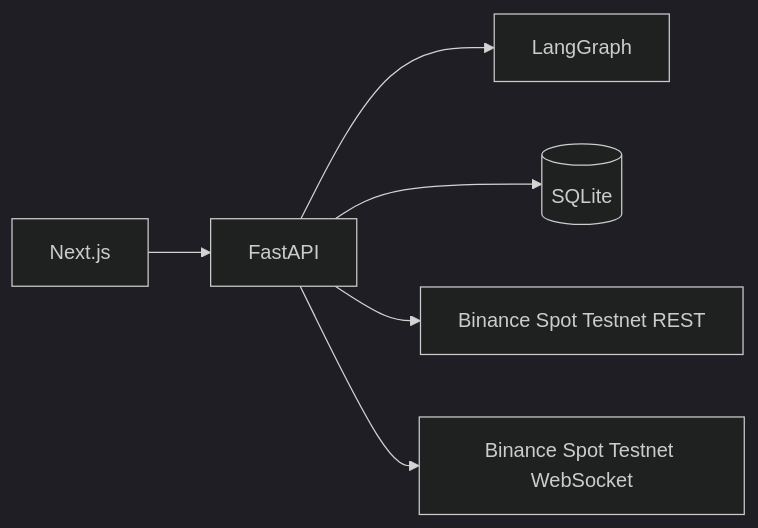
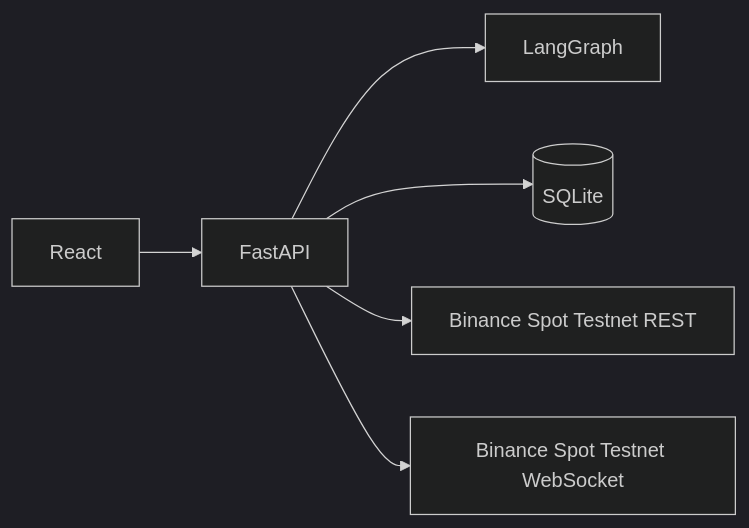
One commit to UpstageAI/sw-maestro-project changed the second of 2 diagrams in PROPOSAL.md. Above: the diagram before and after it, drawn with Mermaid (dark theme). The commit also changed other lines of this file and 3 other files, not shown here.

Commit message:
refactor: remove NextJS and add React

````diff
--- a/PROPOSAL.md
+++ b/PROPOSAL.md
@@ -186,8 +186,8 @@
 ```mermaid
 flowchart LR
-    FE[Next.js] --> BE[FastAPI]
+    FE[React] --> BE[FastAPI]
     BE --> AI[LangGraph]
     BE --> DB[(SQLite)]
     BE --> REST[Binance Spot Testnet REST]
     BE --> WS[Binance Spot Testnet WebSocket]
 ```
````
